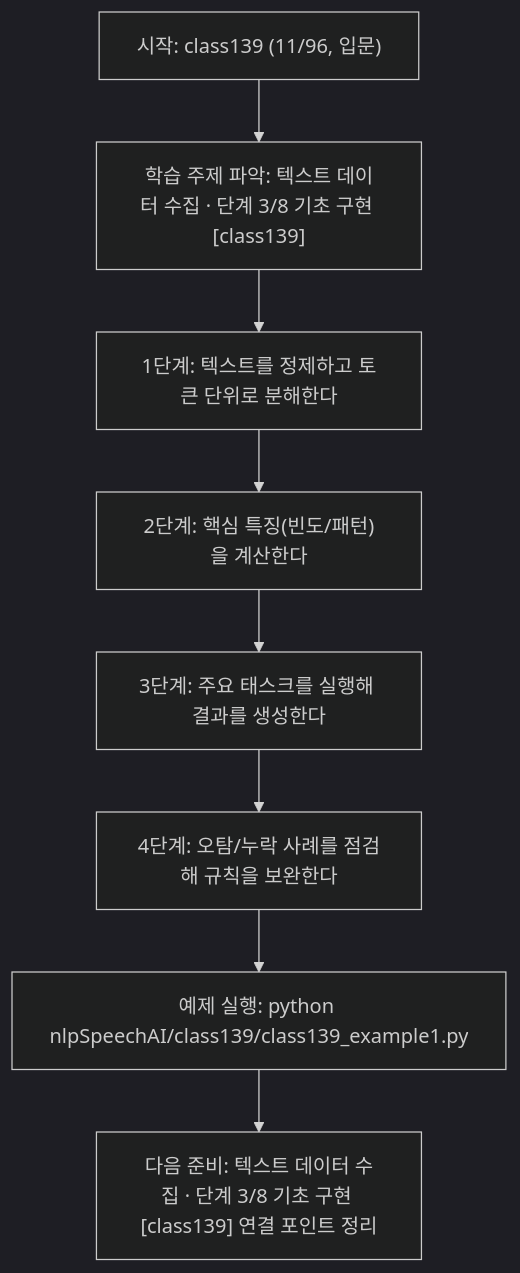
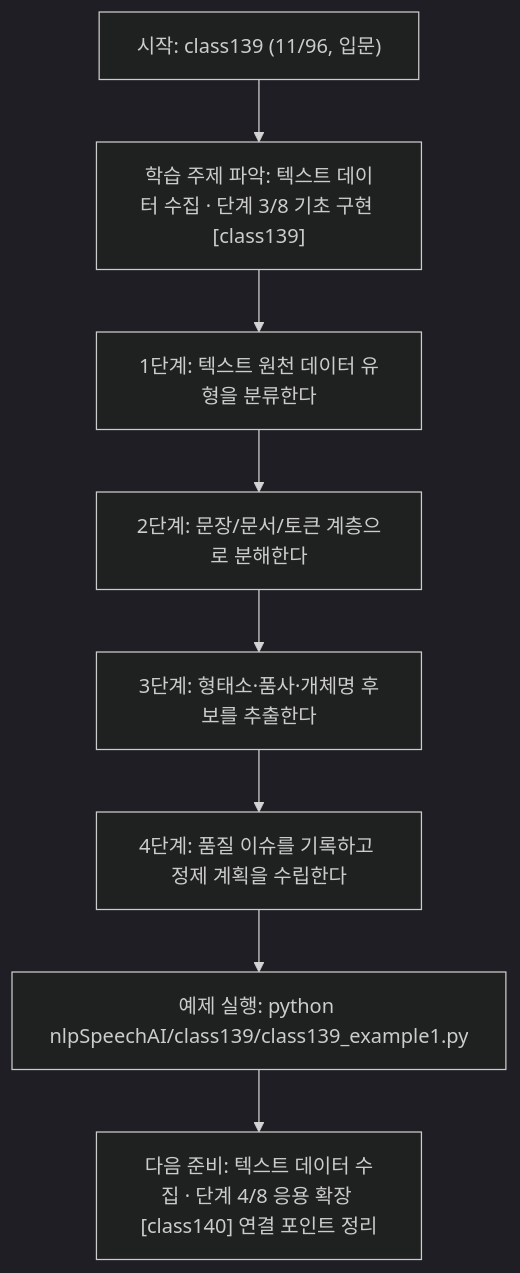
Before and after one commit to edumgt/Python-AI_Agent-Class: the diagram in nlpSpeechAI/class139/class139.md, drawn with Mermaid (dark theme). The commit also changed other lines of this file and 1122 other files, not shown here.

````diff
--- a/nlpSpeechAI/class139/class139.md
+++ b/nlpSpeechAI/class139/class139.md
@@ -114,18 +95,18 @@
 ```mermaid
 flowchart TD
 N1["시작: class139 (11/96, 입문)"]
 N2["학습 주제 파악: 텍스트 데이터 수집 · 단계 3/8 기초 구현 [class139]"]
-N3["1단계: 텍스트를 정제하고 토큰 단위로 분해한다"]
-N4["2단계: 핵심 특징(빈도/패턴)을 계산한다"]
-N5["3단계: 주요 태스크를 실행해 결과를 생성한다"]
-N6["4단계: 오탐/누락 사례를 점검해 규칙을 보완한다"]
+N3["1단계: 텍스트 원천 데이터 유형을 분류한다"]
+N4["2단계: 문장/문서/토큰 계층으로 분해한다"]
+N5["3단계: 형태소·품사·개체명 후보를 추출한다"]
+N6["4단계: 품질 이슈를 기록하고 정제 계획을 수립한다"]
 N7["예제 실행: python nlpSpeechAI/class139/class139_example1.py"]
-N8["다음 준비: 텍스트 데이터 수집 · 단계 3/8 기초 구현 [class139] 연결 포인트 정리"]
+N8["다음 준비: 텍스트 데이터 수집 · 단계 4/8 응용 확장 [class140] 연결 포인트 정리"]
 N1 --> N2
 N2 --> N3
 N3 --> N4
 N4 --> N5
 N5 --> N6
 N6 --> N7
 N7 --> N8
 ```
````
